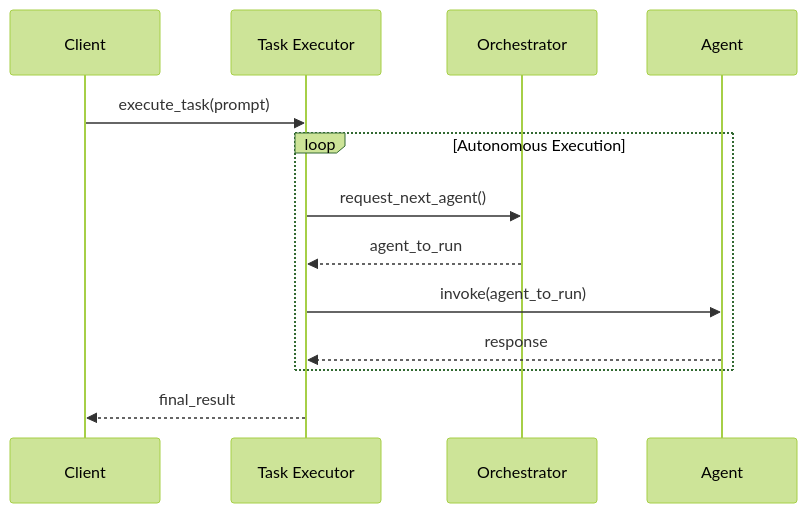
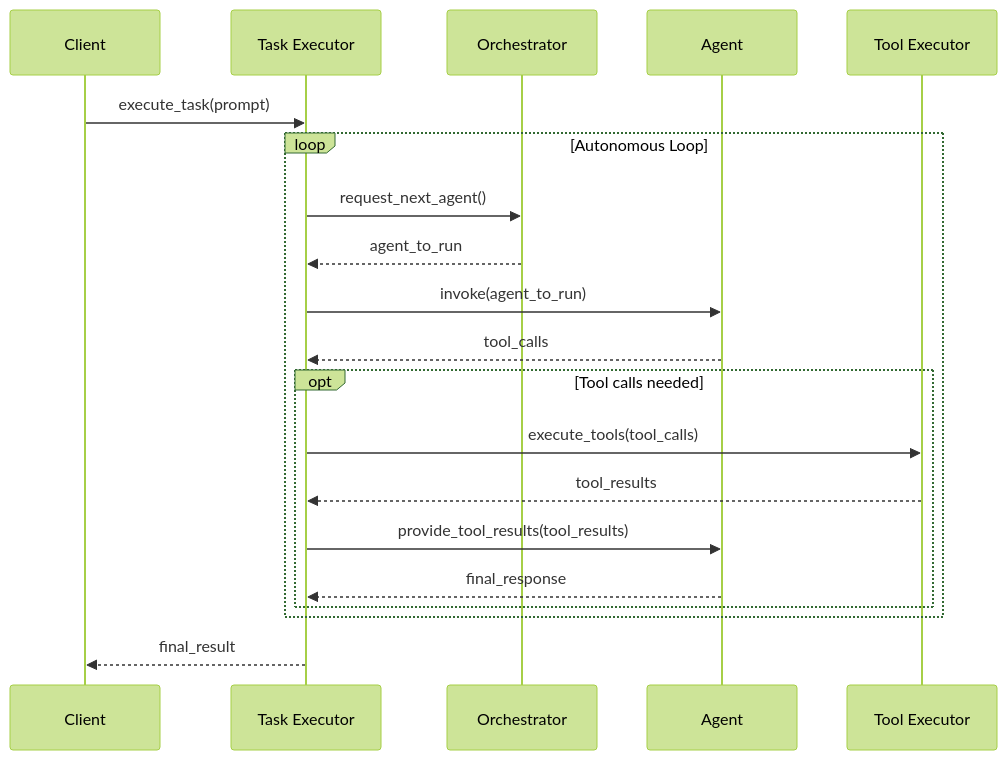
Before and after one commit to dustland/roboco: the second of 4 diagrams in docs/01-architecture.md, drawn with Mermaid (forest theme). The commit also changed other lines of this file, not shown here.

Commit message:
refactor: update AgentX architecture documentation to improve structure, enhance clarity of key components, and refine explanations of collaboration models and execution modes

````diff
--- a/docs/01-architecture.md
+++ b/docs/01-architecture.md
@@ -122,16 +102,23 @@
 ```mermaid
 sequenceDiagram
     participant C as Client
     participant TX as Task Executor
     participant OR as Orchestrator
     participant AG as Agent
+    participant TE as Tool Executor
 
     C->>TX: execute_task(prompt)
-    loop Autonomous Execution
+    loop Autonomous Loop
         TX->>OR: request_next_agent()
         OR-->>TX: agent_to_run
         TX->>AG: invoke(agent_to_run)
-        AG-->>TX: response
+        AG-->>TX: tool_calls
+        opt Tool calls needed
+            TX->>TE: execute_tools(tool_calls)
+            TE-->>TX: tool_results
+            TX->>AG: provide_tool_results(tool_results)
+            AG-->>TX: final_response
+        end
     end
     TX-->>C: final_result
 ```
````
